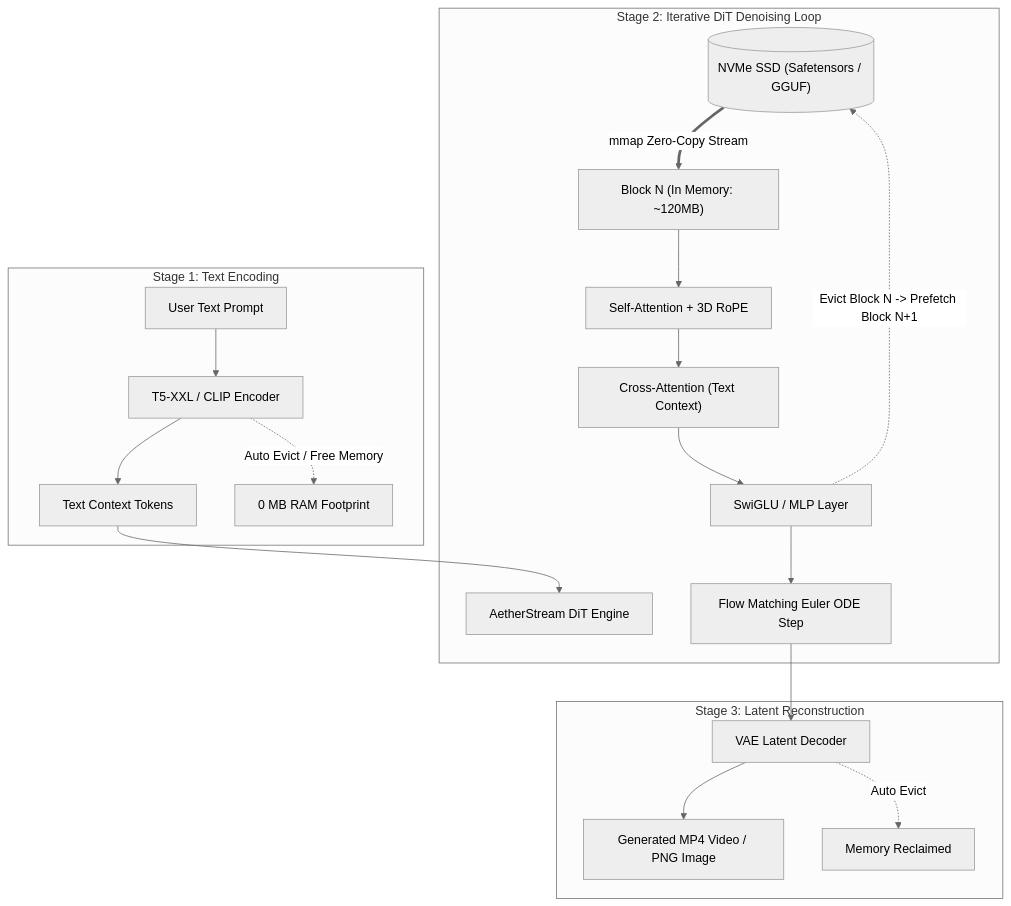
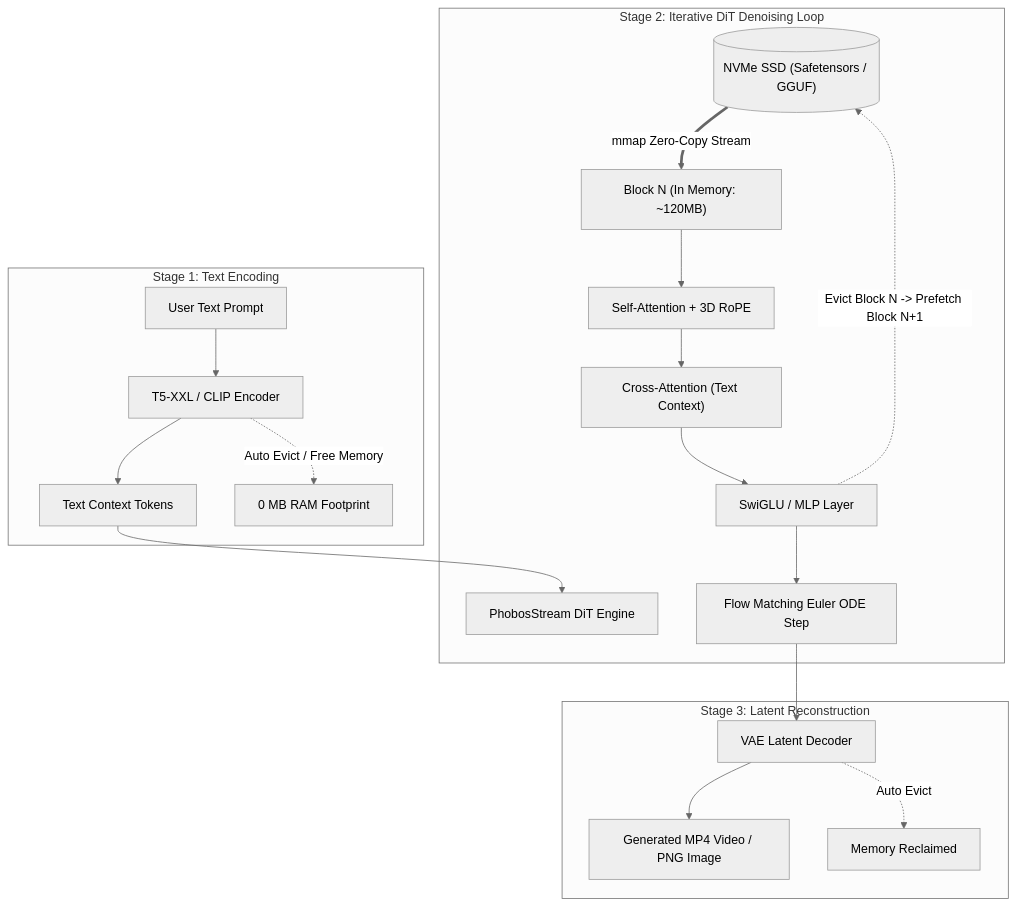
Before and after one commit to martianacademy/phobos-stream: the first of 2 diagrams in README.md, drawn with Mermaid (neutral theme). The commit also changed other lines of this file and 78 other files, not shown here.

Commit message:
refactor: rename project to PhobosStream and update namespace

````diff
--- a/README.md
+++ b/README.md
@@ -44,24 +44,24 @@
 ```mermaid
 flowchart TD
     subgraph STAGE1["Stage 1: Text Encoding"]
         P["User Text Prompt"] --> TE["T5-XXL / CLIP Encoder"]
         TE --> EMB["Text Context Tokens"]
         TE -.->|"Auto Evict / Free Memory"| RAM1["0 MB RAM Footprint"]
     end
 
     subgraph STAGE2["Stage 2: Iterative DiT Denoising Loop"]
-        EMB --> DIT["AetherStream DiT Engine"]
+        EMB --> DIT["PhobosStream DiT Engine"]
         NVME[("NVMe SSD (Safetensors / GGUF)")] ==>|"mmap Zero-Copy Stream"| BLK["Block N (In Memory: ~120MB)"]
         BLK --> ATTR["Self-Attention + 3D RoPE"]
         ATTR --> CRSS["Cross-Attention (Text Context)"]
         CRSS --> FFN["SwiGLU / MLP Layer"]
         FFN -.->|"Evict Block N -> Prefetch Block N+1"| NVME
         FFN --> SCHED["Flow Matching Euler ODE Step"]
     end
 
     subgraph STAGE3["Stage 3: Latent Reconstruction"]
         SCHED --> VAE["VAE Latent Decoder"]
         VAE --> OUT["Generated MP4 Video / PNG Image"]
         VAE -.->|"Auto Evict"| RAM3["Memory Reclaimed"]
     end
 ```
````
